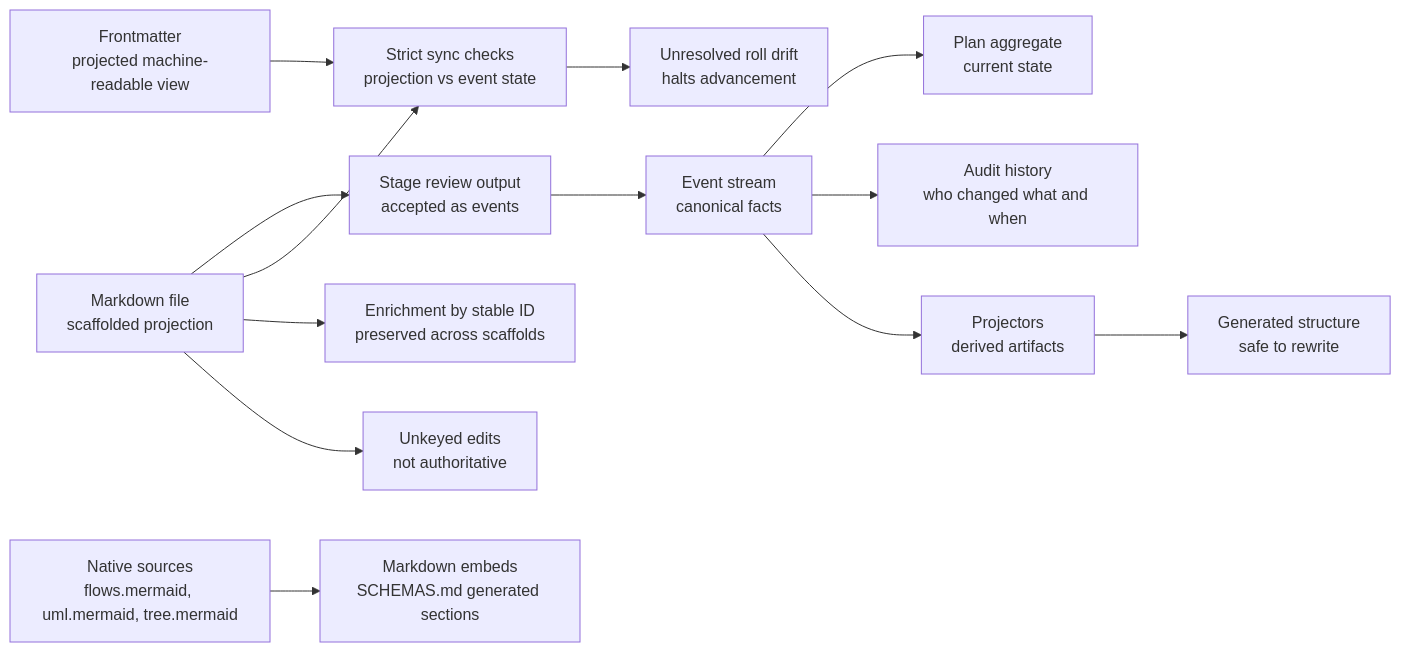
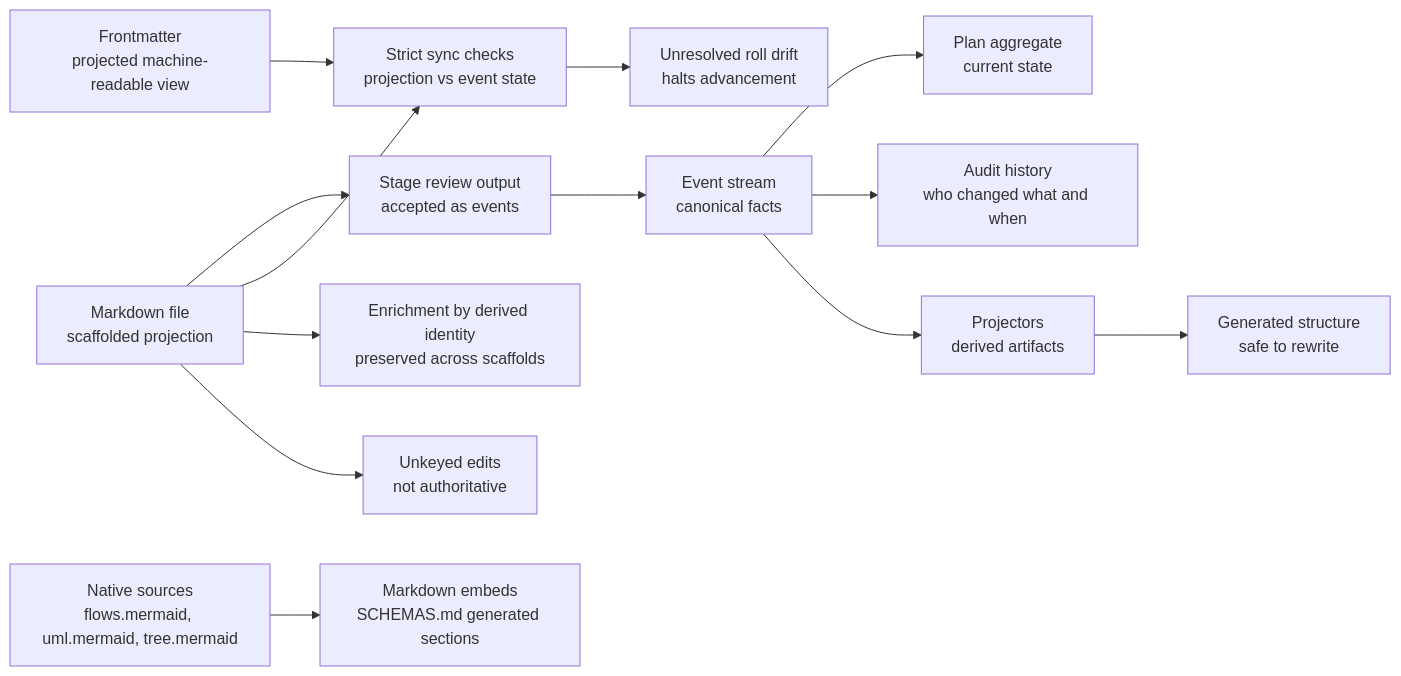
One commit to 9orky/enclosure changed the fourth of 14 diagrams in .enclosure/plans/planning-workflow/UML.md. Above: the diagram before and after it, drawn with Mermaid. The commit also changed other lines of this file and 10 other files, not shown here.

````diff
--- a/.enclosure/plans/planning-workflow/UML.md
+++ b/.enclosure/plans/planning-workflow/UML.md
@@ -88,17 +89,17 @@
 ```mermaid
 flowchart LR
     Events["Event stream\ncanonical facts"] --> Aggregate["Plan aggregate\ncurrent state"]
     Events --> Audit["Audit history\nwho changed what and when"]
     Events --> Projectors["Projectors\nderived artifacts"]
 
     Frontmatter["Frontmatter\nprojected machine-readable view"] --> Drift["Strict sync checks\nprojection vs event state"]
     Markdown["Markdown file\nscaffolded projection"] --> Input["Stage review output\naccepted as events"]
     Input --> Events
     Markdown --> Drift
     Native["Native sources\nflows.mermaid, uml.mermaid, tree.mermaid"] --> Embeds["Markdown embeds\nSCHEMAS.md generated sections"]
 
     Projectors --> Generated["Generated structure\nsafe to rewrite"]
-    Markdown --> Enrichment["Enrichment by stable ID\npreserved across scaffolds"]
+    Markdown --> Enrichment["Enrichment by derived identity\npreserved across scaffolds"]
     Markdown --> Disposable["Unkeyed edits\nnot authoritative"]
     Drift --> Halt["Unresolved roll drift\nhalts advancement"]
 ```
````
